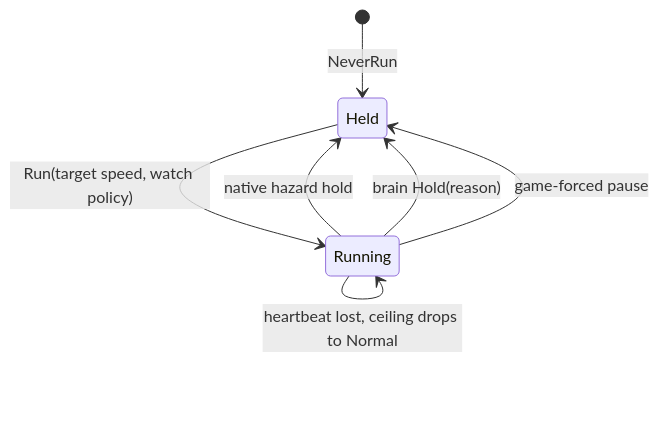
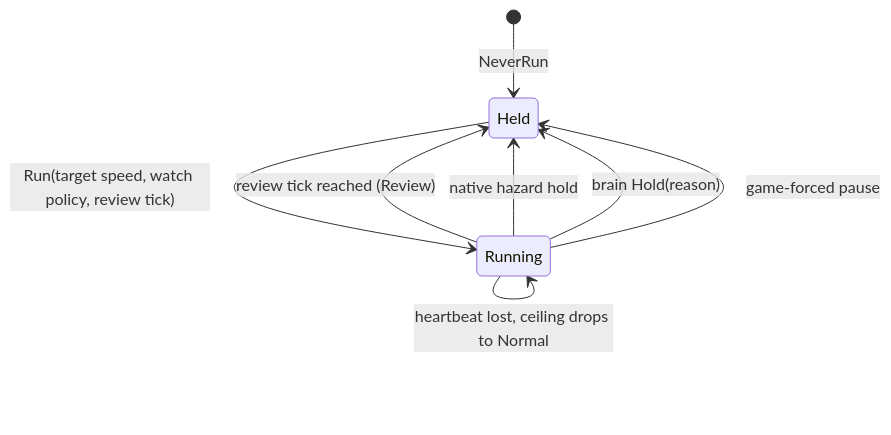
One commit to davidarcher/rimgovernor changed the third of 4 diagrams in docs/developers/architecture/control-loop.md. Above: the diagram before and after it, drawn with Mermaid. The commit also changed other lines of this file and 27 other files, not shown here.

````diff
--- a/docs/developers/architecture/control-loop.md
+++ b/docs/developers/architecture/control-loop.md
@@ -792,10 +803,11 @@
 ```mermaid
 stateDiagram-v2
     [*] --> Held: NeverRun
-    Held --> Running: Run(target speed, watch policy)
+    Held --> Running: Run(target speed, watch policy, review tick)
     Running --> Running: Run (speed or policy changed)
+    Running --> Held: review tick reached (Review)
     Running --> Held: native hazard hold
     Running --> Held: brain Hold(reason)
     Running --> Held: game-forced pause
     Running --> Running: heartbeat lost, ceiling drops to Normal
 ```
````
